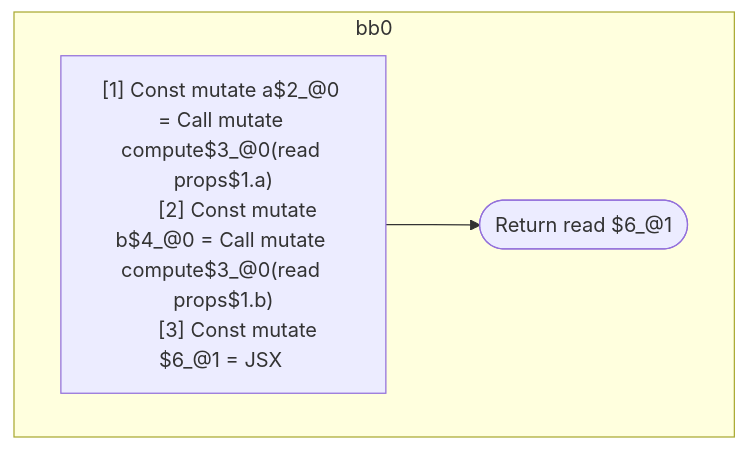
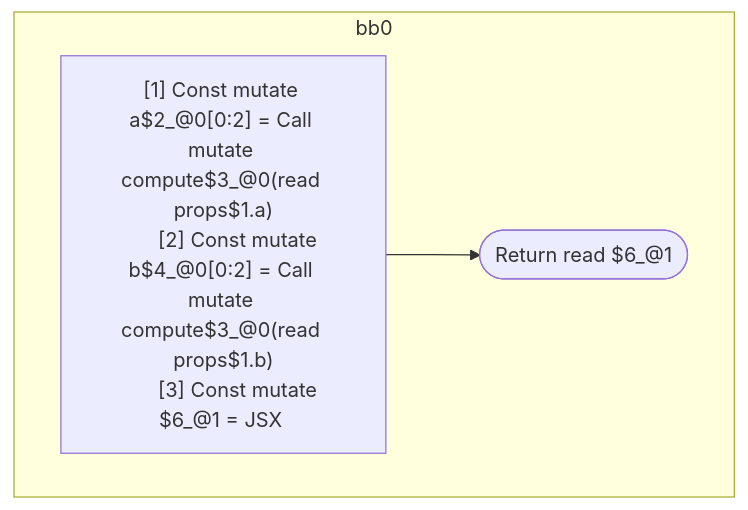
The first of 4 diagrams in compiler/forget/src/__tests__/fixtures/hir/independent.expect.md (wutsmog/private), drawn with Mermaid before and after one commit. The commit also changed other lines of this file and 33 other files, not shown here.

````diff
--- a/compiler/forget/src/__tests__/fixtures/hir/independent.expect.md
+++ b/compiler/forget/src/__tests__/fixtures/hir/independent.expect.md
@@ -39,15 +39,15 @@
 ```mermaid
 flowchart TB
   %% Basic Blocks
   subgraph bb0
     bb0_instrs["
-      [1] Const mutate a$2_@0 = Call mutate compute$3_@0(read props$1.a)
-      [2] Const mutate b$4_@0 = Call mutate compute$3_@0(read props$1.b)
+      [1] Const mutate a$2_@0[0:2] = Call mutate compute$3_@0(read props$1.a)
+      [2] Const mutate b$4_@0[0:2] = Call mutate compute$3_@0(read props$1.b)
       [3] Const mutate $6_@1 = JSX <read Foo$5 a={freeze a$2_@0} b={freeze b$4_@0} ></read Foo$5>
     "]
     bb0_instrs --> bb0_terminal(["Return read $6_@1"])
   end
 
   %% Jumps
   %% empty
 ```
````
